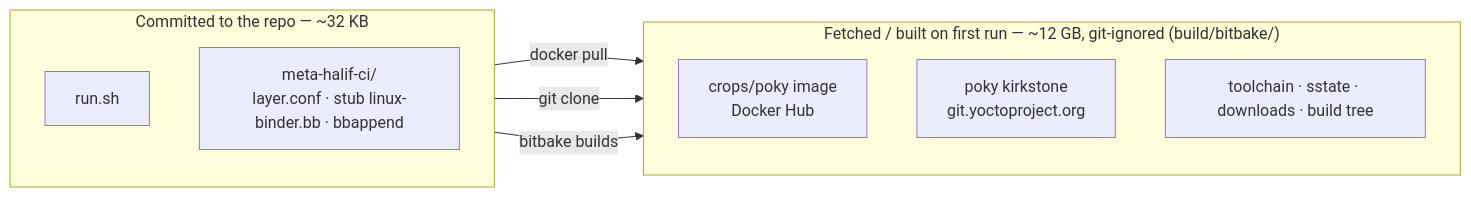
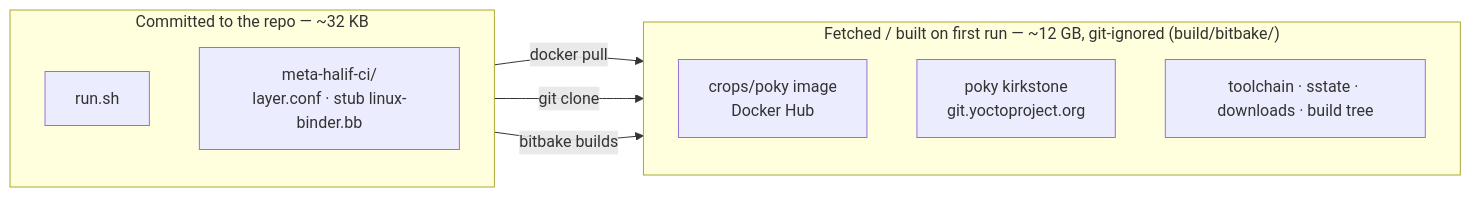
The first of 3 diagrams in tests/yocto/bitbake/README.md (rdkcentral/rdk-halif-aidl), drawn with Mermaid before and after one commit. The commit also changed other lines of this file and 15 other files, not shown here.

````diff
--- a/tests/yocto/bitbake/README.md
+++ b/tests/yocto/bitbake/README.md
@@ -21,17 +21,17 @@
 ```mermaid
 flowchart LR
     subgraph REPO["Committed to the repo — ~32 KB"]
         direction TB
         S["run.sh"]
-        L["meta-halif-ci/<br/>layer.conf · stub linux-binder.bb · bbappend"]
+        L["meta-halif-ci/<br/>layer.conf · stub linux-binder.bb"]
     end
     subgraph RUN["Fetched / built on first run — ~12 GB, git-ignored (build/bitbake/)"]
         direction TB
         I["crops/poky image<br/>Docker Hub"]
         P["poky kirkstone<br/>git.yoctoproject.org"]
         W["toolchain · sstate · downloads · build tree"]
     end
     S -->|docker pull| I
     S -->|git clone| P
     S -->|bitbake builds| W
 ```
````
